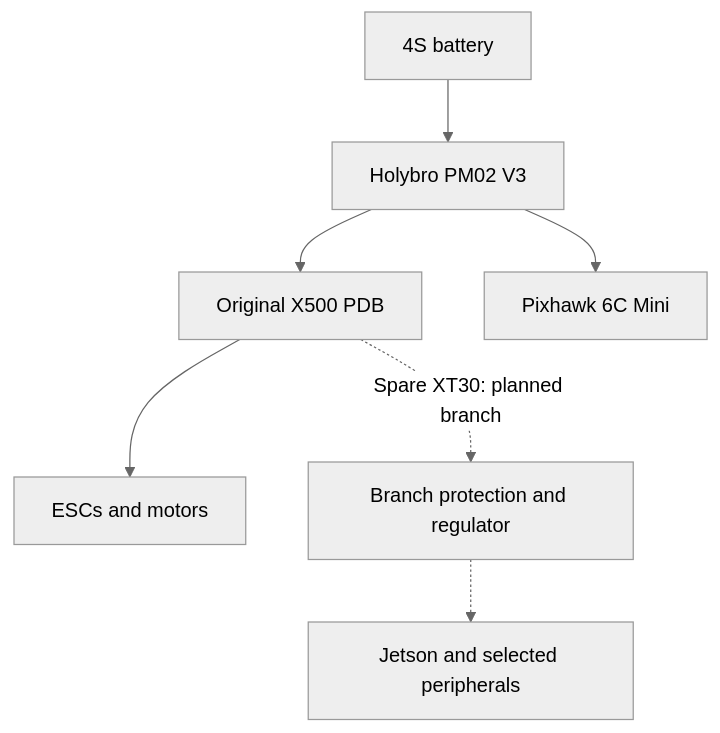
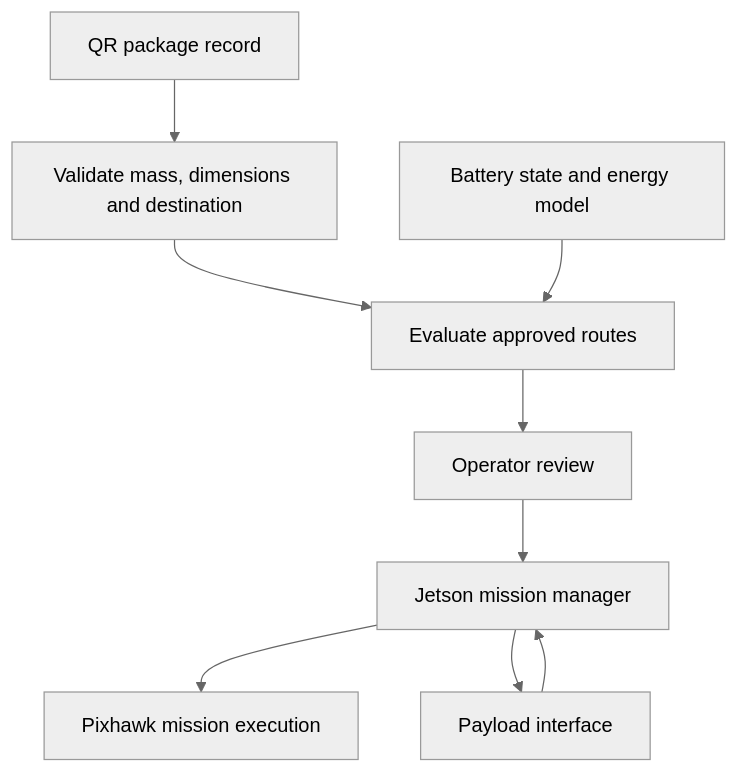
The diagram in docs/architecture.md (flaeehm-cmyk/x500-autonomous-delivery-system), drawn with Mermaid (neutral theme) before and after one commit. The commit also changed other lines of this file and 10 other files, not shown here.

````diff
--- a/docs/architecture.md
+++ b/docs/architecture.md
@@ -13,9 +19,11 @@
 ```mermaid
 flowchart TD
-    B["4S battery"] --> M["Holybro PM02 V3"]
-    M --> D["Original X500 PDB"]
-    M --> F["Pixhawk 6C Mini"]
-    D --> E["ESCs and motors"]
-    D -. "Spare XT30: planned branch" .-> R["Branch protection and regulator"]
-    R -.-> J["Jetson and selected peripherals"]
+    L["QR package record"] --> V["Validate mass, dimensions and destination"]
+    V --> R["Evaluate approved routes"]
+    B["Battery state and energy model"] --> R
+    R --> O["Operator review"]
+    O --> M["Jetson mission manager"]
+    M --> F["Pixhawk mission execution"]
+    M --> P["Payload interface"]
+    P --> M
 ```
````
